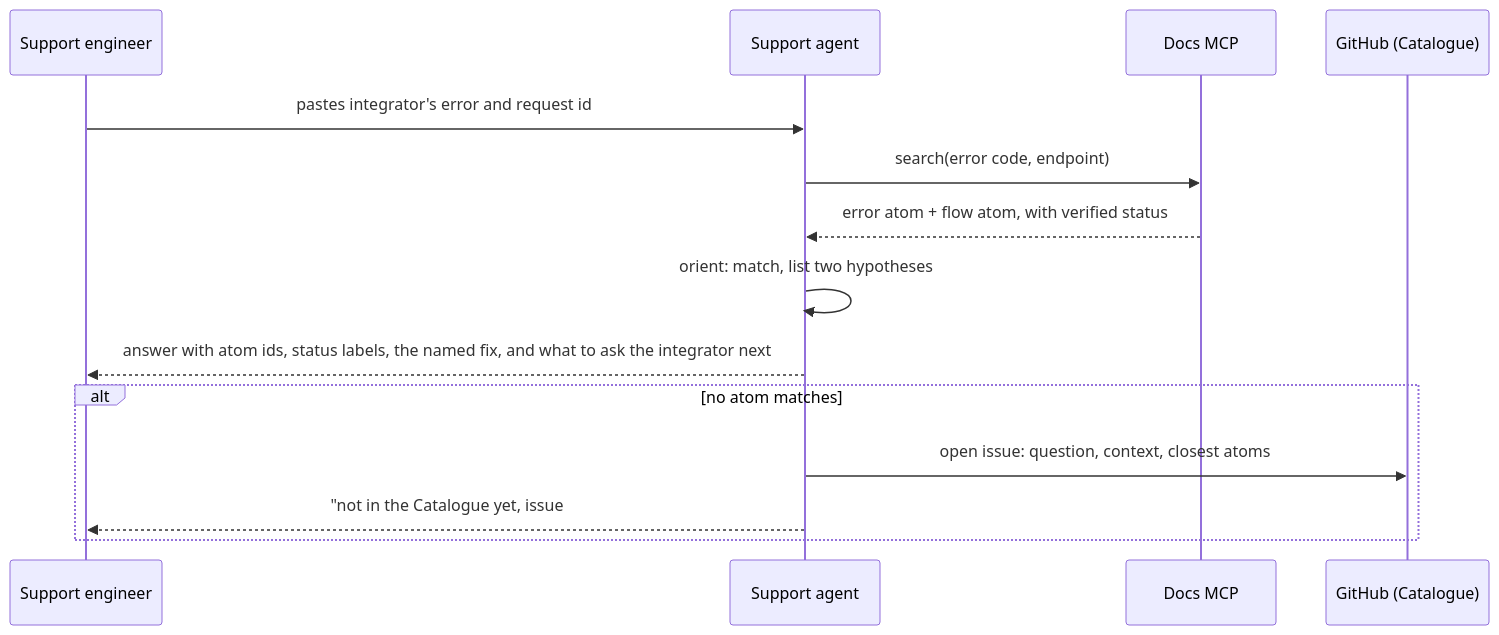
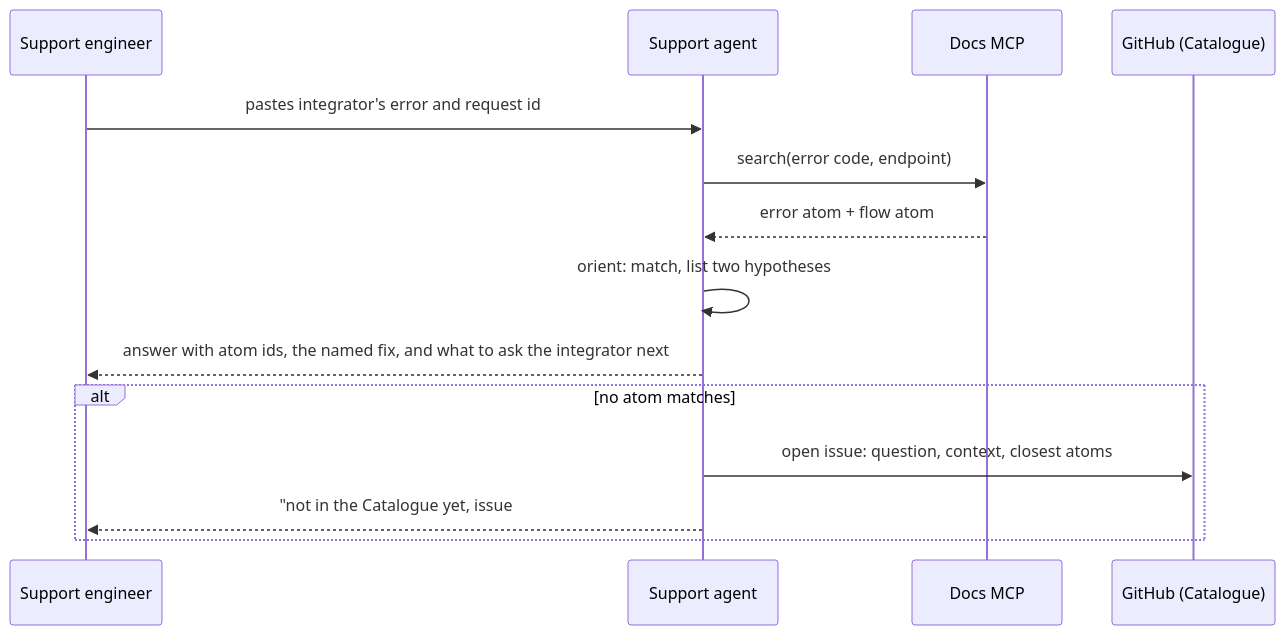
The seventh of 9 diagrams in plan/abdm-v1-phase1-architecture-and-plan.md (nha-in/docs), drawn with Mermaid before and after one commit. The commit also changed other lines of this file and 820 other files, not shown here.

````diff
--- a/plan/abdm-v1-phase1-architecture-and-plan.md
+++ b/plan/abdm-v1-phase1-architecture-and-plan.md
@@ -455,16 +450,16 @@
 ```mermaid
 sequenceDiagram
     participant H as Support engineer
     participant A as Support agent
     participant M as Docs MCP
     participant G as GitHub (Catalogue)
     H->>A: pastes integrator's error and request id
     A->>M: search(error code, endpoint)
-    M-->>A: error atom + flow atom, with verified status
+    M-->>A: error atom + flow atom
     A->>A: orient: match, list two hypotheses
-    A-->>H: answer with atom ids, status labels, the named fix, and what to ask the integrator next
+    A-->>H: answer with atom ids, the named fix, and what to ask the integrator next
     alt no atom matches
         A->>G: open issue: question, context, closest atoms
         A-->>H: "not in the Catalogue yet, issue #N opened"
     end
 ```
````
